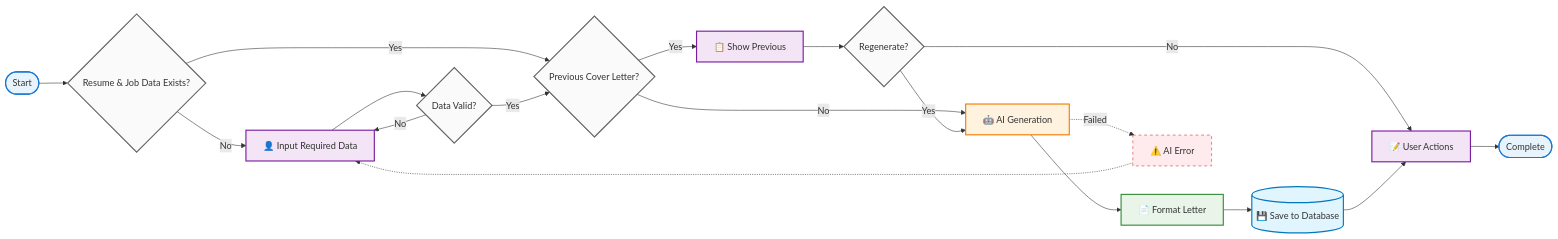
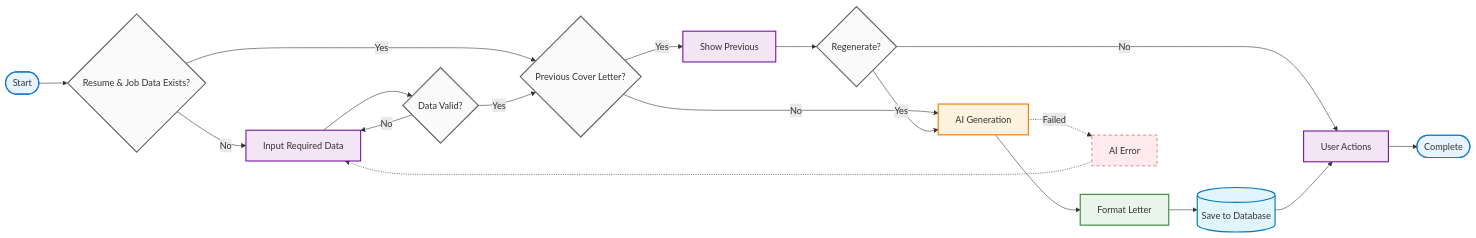
One commit to thenotoriousgustav/ai-resume changed the second of 5 diagrams in BUSINESS_PROCESS_BPMN.md. Above: the diagram before and after it, drawn with Mermaid. The commit also changed other lines of this file and 5 other files, not shown here.

````diff
--- a/BUSINESS_PROCESS_BPMN.md
+++ b/BUSINESS_PROCESS_BPMN.md
@@ -69,43 +69,43 @@
 ```mermaid
 flowchart LR
     Start([Start]) --> CheckData{Resume & Job Data Exists?}
-    CheckData -->|No| InputData[👤 Input Required Data]
+    CheckData -->|No| InputData[Input Required Data]
     CheckData -->|Yes| CheckPrevious{Previous Cover Letter?}
 
     InputData --> ValidateData{Data Valid?}
     ValidateData -->|No| InputData
     ValidateData -->|Yes| CheckPrevious
 
-    CheckPrevious -->|Yes| ShowPrevious[📋 Show Previous]
-    CheckPrevious -->|No| AIGenerate[🤖 AI Generation]
+    CheckPrevious -->|Yes| ShowPrevious[Show Previous]
+    CheckPrevious -->|No| AIGenerate[AI Generation]
 
     ShowPrevious --> Regenerate{Regenerate?}
     Regenerate -->|Yes| AIGenerate
-    Regenerate -->|No| UserActions[📝 User Actions]
+    Regenerate -->|No| UserActions[User Actions]
 
-    AIGenerate --> FormatLetter[📄 Format Letter]
-    FormatLetter --> SaveDB[(💾 Save to Database)]
+    AIGenerate --> FormatLetter[Format Letter]
+    FormatLetter --> SaveDB[(Save to Database)]
     SaveDB --> UserActions
     UserActions --> End([Complete])
 
     %% Error Handling
-    AIGenerate -.->|Failed| AIError[⚠️ AI Error]
+    AIGenerate -.->|Failed| AIError[AI Error]
     AIError -.-> InputData
 
     %% Styling
     classDef startEnd fill:#e8f4fd,stroke:#1976d2,stroke-width:2px
     classDef process fill:#f3e5f5,stroke:#7b1fa2,stroke-width:2px
     classDef ai fill:#fff3e0,stroke:#f57c00,stroke-width:2px
     classDef service fill:#e8f5e8,stroke:#388e3c,stroke-width:2px
     classDef data fill:#e1f5fe,stroke:#0277bd,stroke-width:2px
     classDef decision fill:#fafafa,stroke:#616161,stroke-width:2px
     classDef error fill:#ffebee,stroke:#d32f2f,stroke-width:1px,stroke-dasharray: 5 5
 
     class Start,End startEnd
     class InputData,ShowPrevious,UserActions process
     class AIGenerate ai
     class FormatLetter service
     class SaveDB data
     class CheckData,ValidateData,CheckPrevious,Regenerate decision
     class AIError error
 ```
````
